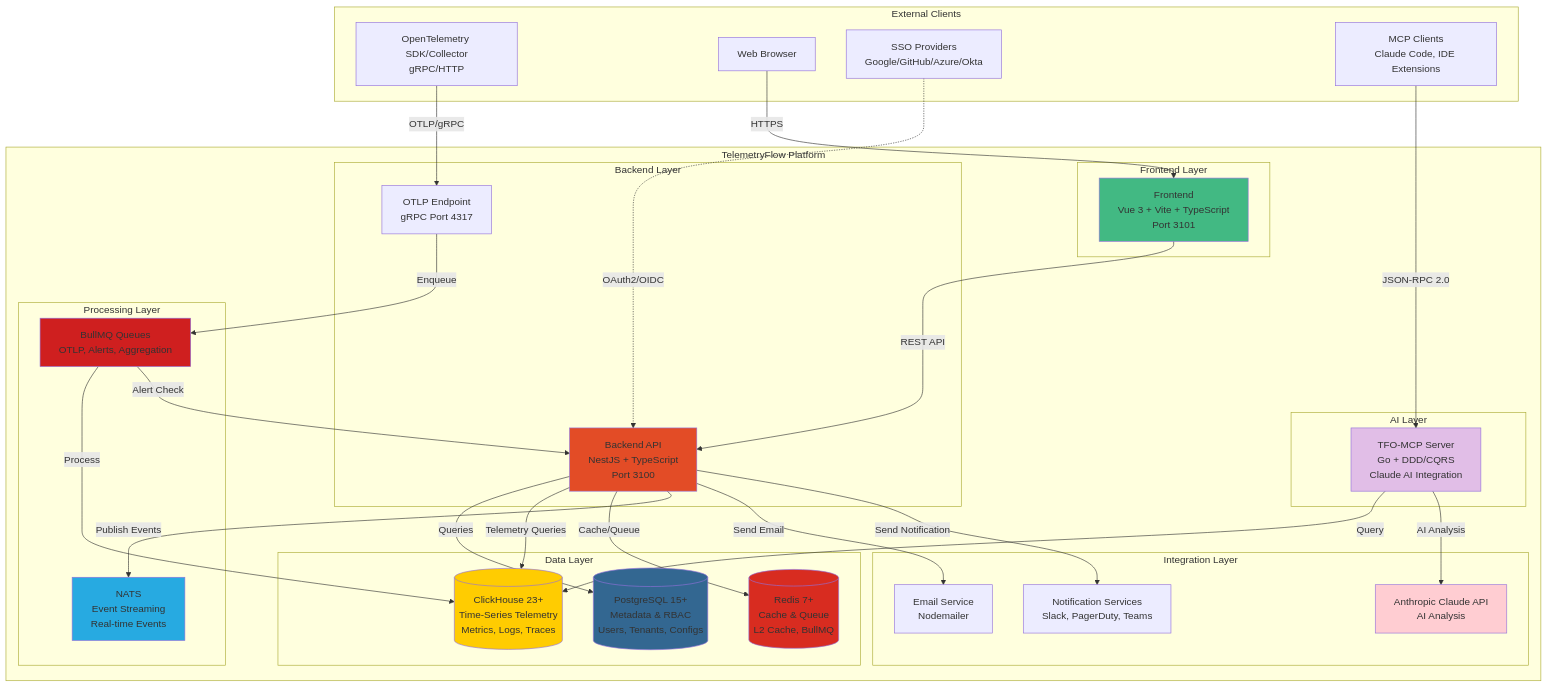
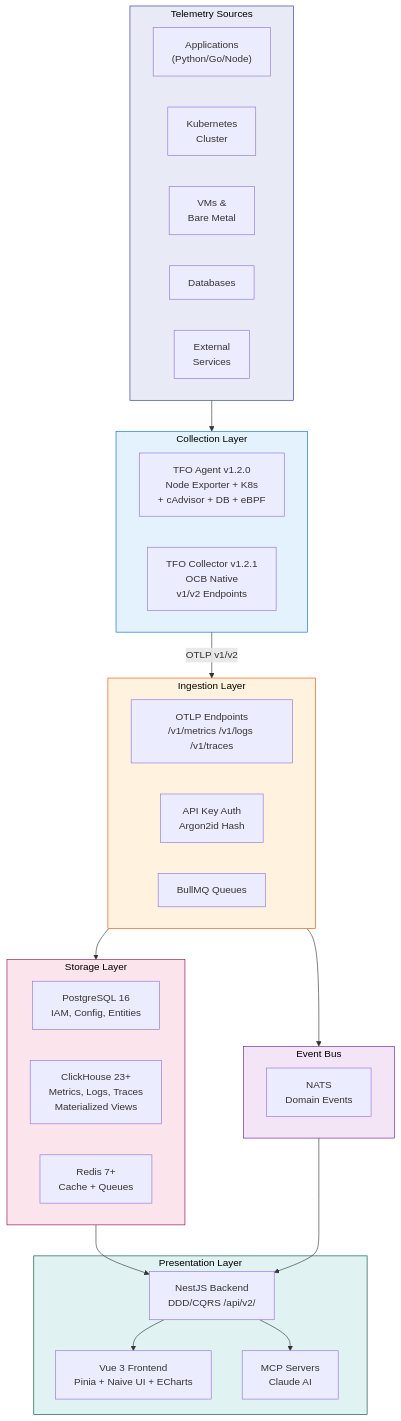
Before and after one commit to telemetryflow/telemetryflow-overview: the ninth of 12 diagrams in README.md, drawn with Mermaid. The commit also changed other lines of this file and 68 other files, not shown here.

Commit message:
feat: TFO Overview Update, TFO Platform v1.4.0

````diff
--- a/README.md
+++ b/README.md
@@ -537,71 +587,53 @@
 ```mermaid
-graph TB
-    subgraph "External Clients"
-        OTEL[OpenTelemetry SDK/Collector<br/>gRPC/HTTP]
-        BROWSER[Web Browser]
-        SSO[SSO Providers<br/>Google/GitHub/Azure/Okta]
-        MCP_CLIENT[MCP Clients<br/>Claude Code, IDE Extensions]
+flowchart TB
+    subgraph Sources["Telemetry Sources"]
+        APP1["Applications<br/>(Python/Go/Node)"]
+        K8S["Kubernetes<br/>Cluster"]
+        VM["VMs &<br/>Bare Metal"]
+        DB["Databases"]
+        EXT["External<br/>Services"]
     end
 
-    subgraph "TelemetryFlow Platform"
-        subgraph "Frontend Layer"
-            FE[Frontend<br/>Vue 3 + Vite + TypeScript<br/>Port 3101]
-        end
-
-        subgraph "Backend Layer"
-            API[Backend API<br/>NestJS + TypeScript<br/>Port 3100]
-            OTLP_EP[OTLP Endpoint<br/>gRPC Port 4317]
-        end
-
-        subgraph "AI Layer"
-            MCP[TFO-MCP Server<br/>Go + DDD/CQRS<br/>Claude AI Integration]
-        end
-
-        subgraph "Data Layer"
-            PG[(PostgreSQL 15+<br/>Metadata & RBAC<br/>Users, Tenants, Configs)]
-            CH[(ClickHouse 23+<br/>Time-Series Telemetry<br/>Metrics, Logs, Traces)]
-            REDIS[(Redis 7+<br/>Cache & Queue<br/>L2 Cache, BullMQ)]
-        end
-
-        subgraph "Processing Layer"
-            QUEUE[BullMQ Queues<br/>OTLP, Alerts, Aggregation]
-            NATS[NATS<br/>Event Streaming<br/>Real-time Events]
-        end
-
-        subgraph "Integration Layer"
-            EMAIL[Email Service<br/>Nodemailer]
-            NOTIF[Notification Services<br/>Slack, PagerDuty, Teams]
-            CLAUDE[Anthropic Claude API<br/>AI Analysis]
-        end
+    subgraph Collection["Collection Layer"]
+        AGENT["TFO Agent v1.2.0<br/>Node Exporter + K8s<br/>+ cAdvisor + DB + eBPF"]
+        TFOC["TFO Collector v1.2.1<br/>OCB Native<br/>v1/v2 Endpoints"]
     end
 
-    BROWSER -->|HTTPS| FE
-    FE -->|REST API| API
-    OTEL -->|OTLP/gRPC| OTLP_EP
-    SSO -.->|OAuth2/OIDC| API
-    MCP_CLIENT -->|JSON-RPC 2.0| MCP
+    subgraph Ingestion["Ingestion Layer"]
+        OTLP_EP["OTLP Endpoints<br/>/v1/metrics /v1/logs /v1/traces"]
+        AUTH["API Key Auth<br/>Argon2id Hash"]
+        QUEUE["BullMQ Queues"]
+    end
 
-    API -->|Queries| PG
-    API -->|Telemetry Queries| CH
-    API -->|Cache/Queue| REDIS
-    OTLP_EP -->|Enqueue| QUEUE
-    MCP -->|Query| CH
-    MCP -->|AI Analysis| CLAUDE
+    subgraph Storage["Storage Layer"]
+        PG["PostgreSQL 16<br/>IAM, Config, Entities"]
+        CH["ClickHouse 23+<br/>Metrics, Logs, Traces<br/>Materialized Views"]
+        RD["Redis 7+<br/>Cache + Queues"]
+    end
 
-    QUEUE -->|Process| CH
-    QUEUE -->|Alert Check| API
-    API -->|Publish Events| NATS
+    subgraph Messaging["Event Bus"]
+        NATS["NATS<br/>Domain Events"]
+    end
 
-    API -->|Send Email| EMAIL
-    API -->|Send Notification| NOTIF
+    subgraph Presentation["Presentation Layer"]
+        BE["NestJS Backend<br/>DDD/CQRS /api/v2/"]
+        FE["Vue 3 Frontend<br/>Pinia + Naive UI + ECharts"]
+        MCP["MCP Servers<br/>Claude AI"]
+    end
 
-    style FE fill:#42b983
-    style API fill:#e34c26
-    style MCP fill:#E1BEE7
-    style PG fill:#336791
-    style CH fill:#ffcc01
-    style REDIS fill:#d82c20
-    style QUEUE fill:#cf1f1f
-    style NATS fill:#27aae1
-    style CLAUDE fill:#FFCDD2
+    Sources --> Collection
+    Collection -->|"OTLP v1/v2"| Ingestion
+    Ingestion --> Storage
+    Ingestion --> Messaging
+    Storage --> BE
+    Messaging --> BE
+    BE --> FE
+    BE --> MCP
+
+    style Sources fill:#e8eaf6,stroke:#283593,color:#000
+    style Collection fill:#e3f2fd,stroke:#1565c0,color:#000
+    style Ingestion fill:#fff3e0,stroke:#e65100,color:#000
+    style Storage fill:#fce4ec,stroke:#880e4f,color:#000
+    style Messaging fill:#f3e5f5,stroke:#6a1b9a,color:#000
+    style Presentation fill:#e0f2f1,stroke:#004d40,color:#000
 ```
````
